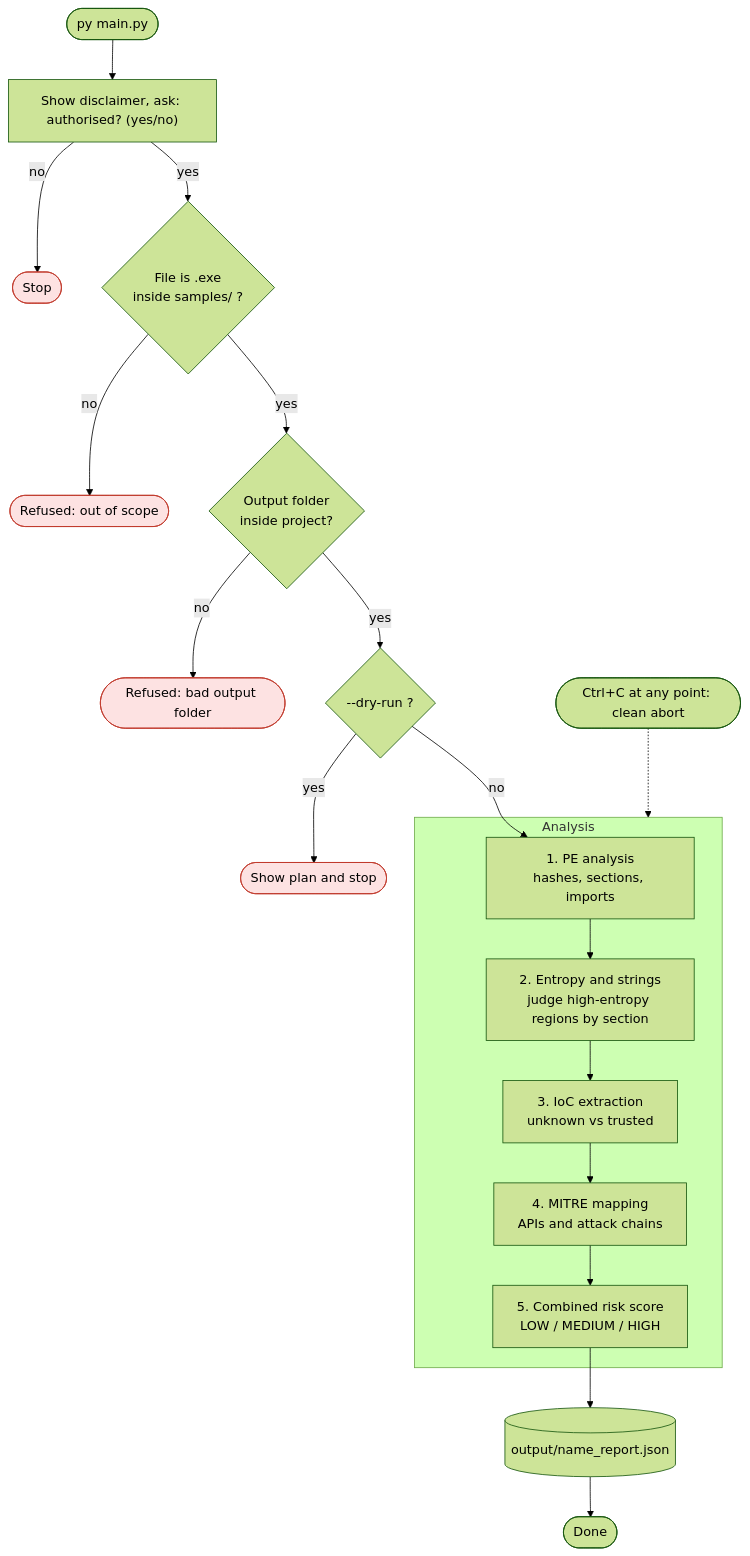
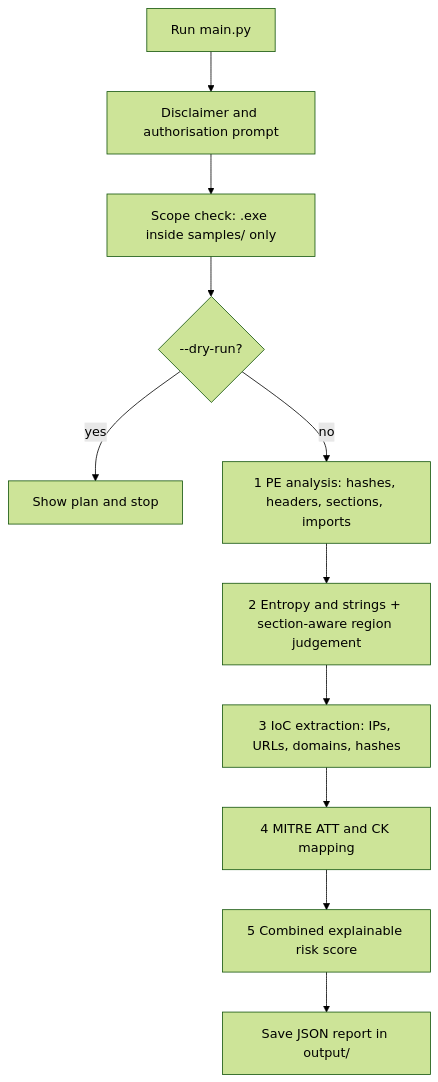
One commit to Rydersnake/MalTrace changed the diagram in README.md. Above: the diagram before and after it, drawn with Mermaid (forest theme).

````diff
--- a/README.md
+++ b/README.md
@@ -58,27 +58,13 @@
 ```mermaid
 flowchart TD
-    A([py main.py]) --> B["Show disclaimer, ask: authorised? (yes/no)"]
-    B -->|no| X1([Stop])
-    B -->|yes| C{"File is .exe<br>inside samples/ ?"}
-    C -->|no| X2([Refused: out of scope])
-    C -->|yes| D{"Output folder<br>inside project?"}
-    D -->|no| X3([Refused: bad output folder])
-    D -->|yes| E{"--dry-run ?"}
-    E -->|yes| X4([Show plan and stop])
-    E -->|no| F
- 
-    subgraph Analysis
-        F["1. PE analysis<br>hashes, sections, imports"] --> G["2. Entropy and strings<br>judge high-entropy regions by section"]
-        G --> H["3. IoC extraction<br>unknown vs trusted"]
-        H --> I["4. MITRE mapping<br>APIs and attack chains"]
-        I --> J["5. Combined risk score<br>LOW / MEDIUM / HIGH"]
-    end
- 
-    J --> K[("output/name_report.json")]
-    K --> L([Done])
- 
-    KS(["Ctrl+C at any point: clean abort"]) -.-> Analysis
- 
-    classDef stop fill:#fde2e2,stroke:#c0392b,color:#000
-    class X1,X2,X3,X4 stop
+    A[Run main.py] --> B[Disclaimer and authorisation prompt]
+    B --> C[Scope check: .exe inside samples/ only]
+    C --> D{--dry-run?}
+    D -- yes --> Z[Show plan and stop]
+    D -- no --> E[1 PE analysis: hashes, headers, sections, imports]
+    E --> F[2 Entropy and strings + section-aware region judgement]
+    F --> G[3 IoC extraction: IPs, URLs, domains, hashes]
+    G --> H[4 MITRE ATT and CK mapping]
+    H --> I[5 Combined explainable risk score]
+    I --> J[Save JSON report in output/]
 ```
````
